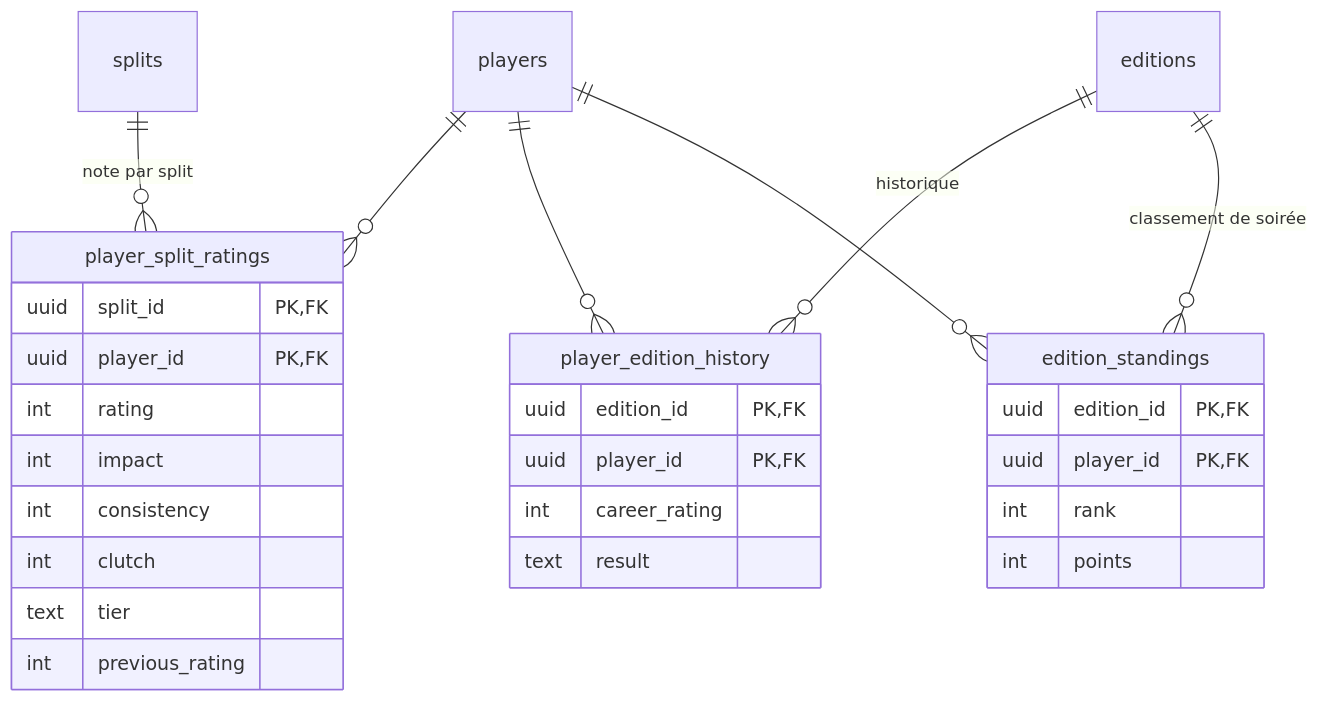
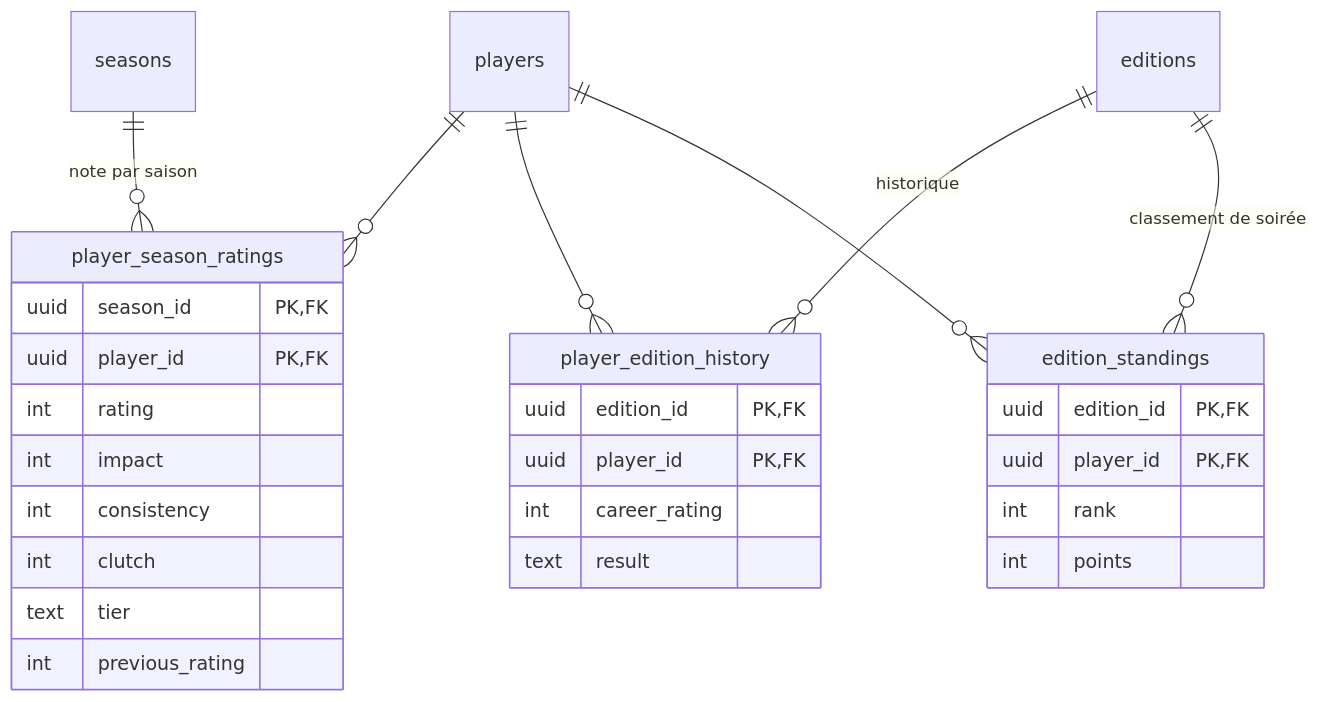
The fourth of 4 diagrams in docs/architecture/data-model.md (Charkx/Arrakard), drawn with Mermaid before and after one commit. The commit also changed other lines of this file and 5 other files, not shown here.

First line of the commit message:
docs: l'architecture décrit la saison seule

````diff
--- a/docs/architecture/data-model.md
+++ b/docs/architecture/data-model.md
@@ -272,32 +265,32 @@
 ```mermaid
 erDiagram
-  splits ||--o{ player_split_ratings : "note par split"
-  players ||--o{ player_split_ratings : ""
+  seasons ||--o{ player_season_ratings : "note par saison"
+  players ||--o{ player_season_ratings : ""
   editions ||--o{ player_edition_history : "historique"
   players ||--o{ player_edition_history : ""
   editions ||--o{ edition_standings : "classement de soirée"
   players ||--o{ edition_standings : ""
 
-  player_split_ratings {
-    uuid split_id PK,FK
+  player_season_ratings {
+    uuid season_id PK,FK
     uuid player_id PK,FK
     int rating
     int impact
     int consistency
     int clutch
     text tier
     int previous_rating
   }
   player_edition_history {
     uuid edition_id PK,FK
     uuid player_id PK,FK
     int career_rating
     text result
   }
   edition_standings {
     uuid edition_id PK,FK
     uuid player_id PK,FK
     int rank
     int points
   }
 ```
````
